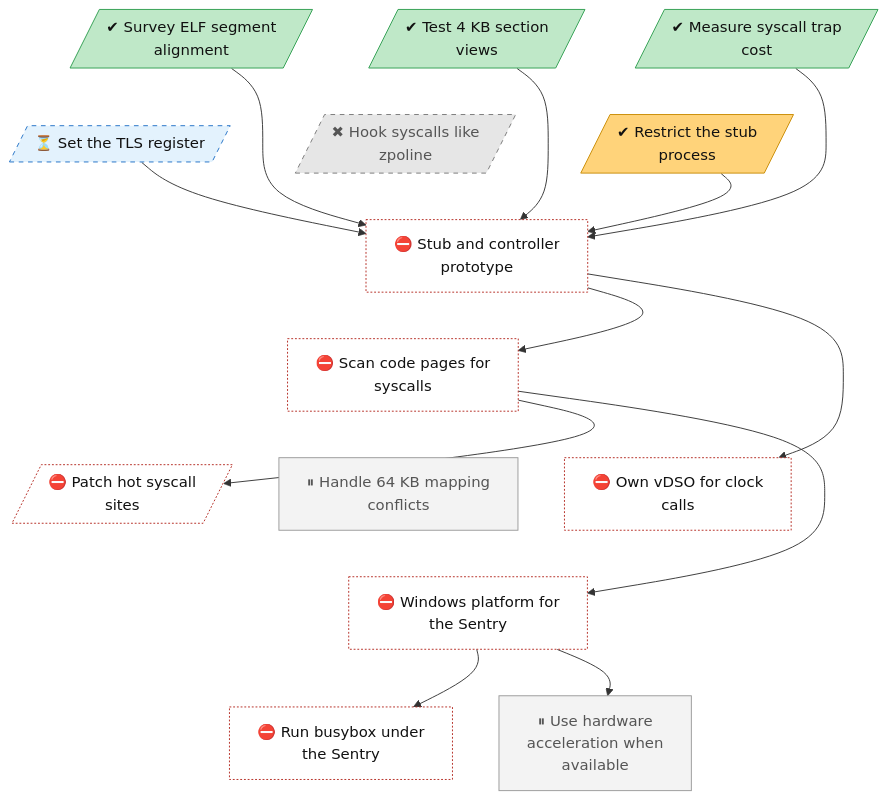
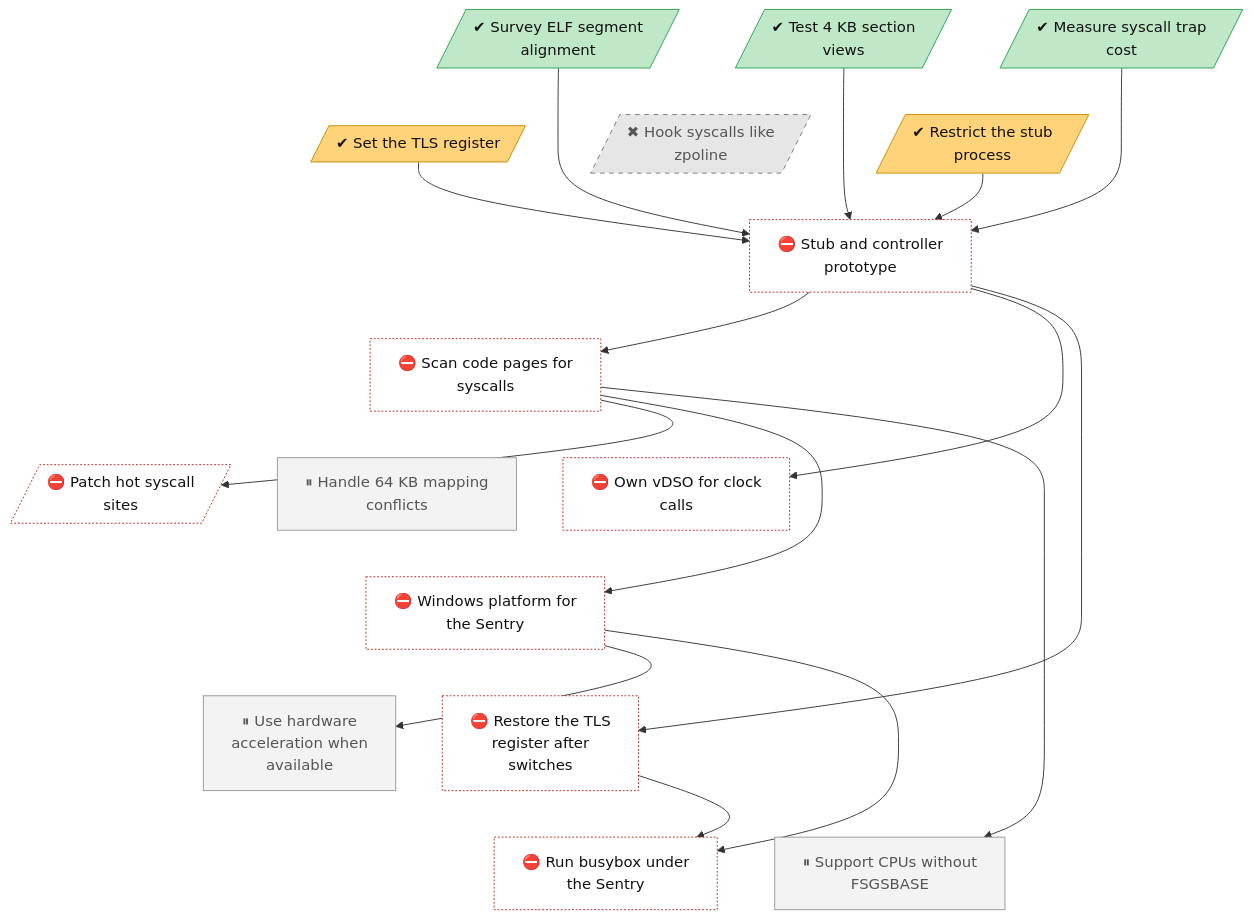
Before and after one commit to lhns/gvisor-windows: the diagram in docs/roadmap/tracks/platform.md, drawn with Mermaid. The commit also changed other lines of this file and 6 other files, not shown here.

````diff
--- a/docs/roadmap/tracks/platform.md
+++ b/docs/roadmap/tracks/platform.md
@@ -10,63 +10,69 @@
 ```mermaid
 flowchart TB
     platform_elf_alignment_survey[/"✔ Survey ELF segment<br/>alignment"/]
     platform_trap_cost[/"✔ Measure syscall trap<br/>cost"/]
     platform_4k_section_views[/"✔ Test 4 KB section<br/>views"/]
-    platform_tls_register[/"⏳ Set the TLS register"/]
+    platform_tls_register[/"✔ Set the TLS register"/]
     platform_restricted_stub[/"✔ Restrict the stub<br/>process"/]
     platform_zpoline_hooks[/"✖ Hook syscalls like<br/>zpoline"/]
     platform_stub_controller["⛔ Stub and controller<br/>prototype"]
     platform_page_verification["⛔ Scan code pages for<br/>syscalls"]
     platform_syscall_fast_path[/"⛔ Patch hot syscall<br/>sites"/]
     platform_own_vdso["⛔ Own vDSO for clock<br/>calls"]
     platform_64k_mapping_conflicts["⏸ Handle 64 KB mapping<br/>conflicts"]
     platform_winstub["⛔ Windows platform for<br/>the Sentry"]
+    platform_hardware_acceleration["⏸ Use hardware<br/>acceleration when<br/>available"]
+    platform_fs_base_repair["⛔ Restore the TLS<br/>register after<br/>switches"]
     platform_busybox_on_windows["⛔ Run busybox under<br/>the Sentry"]
-    platform_hardware_acceleration["⏸ Use hardware<br/>acceleration when<br/>available"]
+    platform_no_fsgsbase_fallback["⏸ Support CPUs without<br/>FSGSBASE"]
     platform_elf_alignment_survey ~~~ platform_tls_register
     platform_trap_cost ~~~ platform_restricted_stub
     platform_4k_section_views ~~~ platform_zpoline_hooks
     platform_tls_register ~~~ platform_stub_controller
     platform_restricted_stub ~~~ platform_stub_controller
     platform_zpoline_hooks ~~~ platform_stub_controller
     platform_stub_controller ~~~ platform_page_verification
     platform_page_verification ~~~ platform_syscall_fast_path
     platform_page_verification ~~~ platform_own_vdso
     platform_page_verification ~~~ platform_64k_mapping_conflicts
     platform_syscall_fast_path ~~~ platform_winstub
     platform_own_vdso ~~~ platform_winstub
     platform_64k_mapping_conflicts ~~~ platform_winstub
-    platform_winstub ~~~ platform_busybox_on_windows
     platform_winstub ~~~ platform_hardware_acceleration
+    platform_winstub ~~~ platform_fs_base_repair
+    platform_hardware_acceleration ~~~ platform_busybox_on_windows
+    platform_fs_base_repair ~~~ platform_no_fsgsbase_fallback
     platform_elf_alignment_survey --> platform_stub_controller
     platform_trap_cost --> platform_stub_controller
     platform_4k_section_views --> platform_stub_controller
     platform_tls_register --> platform_stub_controller
     platform_restricted_stub --> platform_stub_controller
     platform_stub_controller --> platform_page_verification
     platform_page_verification --> platform_syscall_fast_path
     platform_stub_controller --> platform_own_vdso
     platform_page_verification --> platform_winstub
+    platform_winstub --> platform_hardware_acceleration
+    platform_stub_controller --> platform_fs_base_repair
     platform_winstub --> platform_busybox_on_windows
-    platform_winstub --> platform_hardware_acceleration
+    platform_fs_base_repair --> platform_busybox_on_windows
+    platform_page_verification --> platform_no_fsgsbase_fallback
     classDef vsucc fill:#2e9e4f,stroke:#1b6b34,color:#fff
     classDef succ fill:#bfe8c8,stroke:#2e9e4f,color:#111
     classDef mixed fill:#ffd37a,stroke:#c98a00,color:#111
     classDef bad fill:#f28b82,stroke:#b3261e,color:#111
     classDef dead fill:#e6e6e6,stroke:#777,stroke-dasharray:5 5,color:#555
     classDef inprog fill:#a8cdf5,stroke:#1f6fc5,color:#111
     classDef next fill:#fff,stroke:#333,color:#111
     classDef blocked fill:#fff,stroke:#b3261e,stroke-dasharray:2 2,color:#111
     classDef parked fill:#f3f3f3,stroke:#999,color:#555
     classDef unrated fill:#fff,stroke:#333,stroke-dasharray:1 3,color:#111
     classDef gate fill:#d9c2f0,stroke:#7b3fb5,color:#111
     classDef decided fill:#ece0f7,stroke:#7b3fb5,stroke-dasharray:2 2,color:#111
     classDef finding fill:#ffe0b2,stroke:#d84315,stroke-width:2px,color:#111
     classDef waiting fill:#e3f2fd,stroke:#1f6fc5,stroke-dasharray:5 5,color:#111
     class platform_elf_alignment_survey,platform_trap_cost,platform_4k_section_views succ
-    class platform_tls_register waiting
-    class platform_restricted_stub mixed
+    class platform_tls_register,platform_restricted_stub mixed
     class platform_zpoline_hooks dead
-    class platform_stub_controller,platform_page_verification,platform_syscall_fast_path,platform_own_vdso,platform_winstub,platform_busybox_on_windows blocked
-    class platform_64k_mapping_conflicts,platform_hardware_acceleration parked
+    class platform_stub_controller,platform_page_verification,platform_syscall_fast_path,platform_own_vdso,platform_winstub,platform_fs_base_repair,platform_busybox_on_windows blocked
+    class platform_64k_mapping_conflicts,platform_hardware_acceleration,platform_no_fsgsbase_fallback parked
 ```
````
